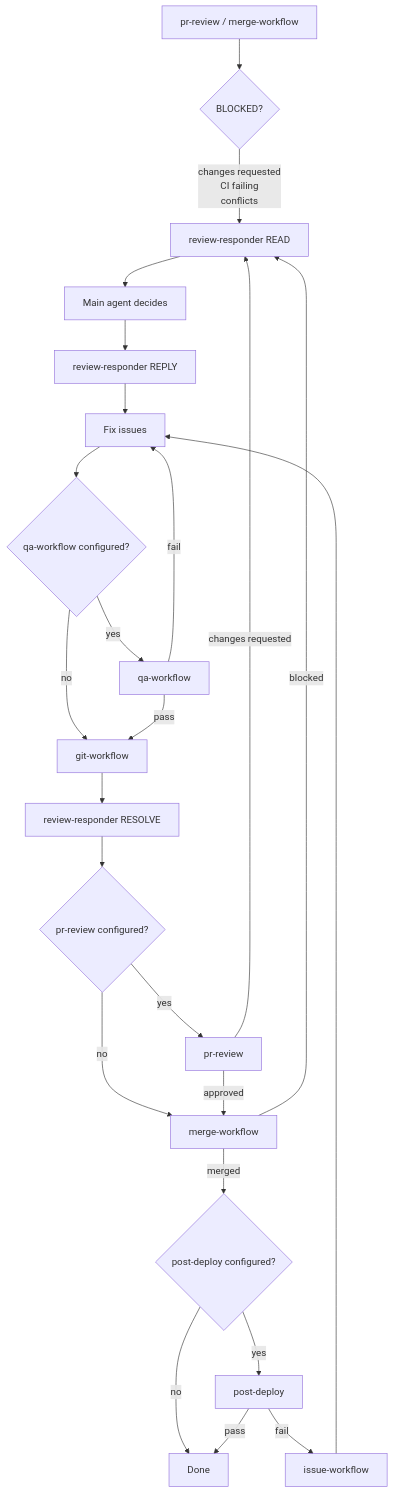
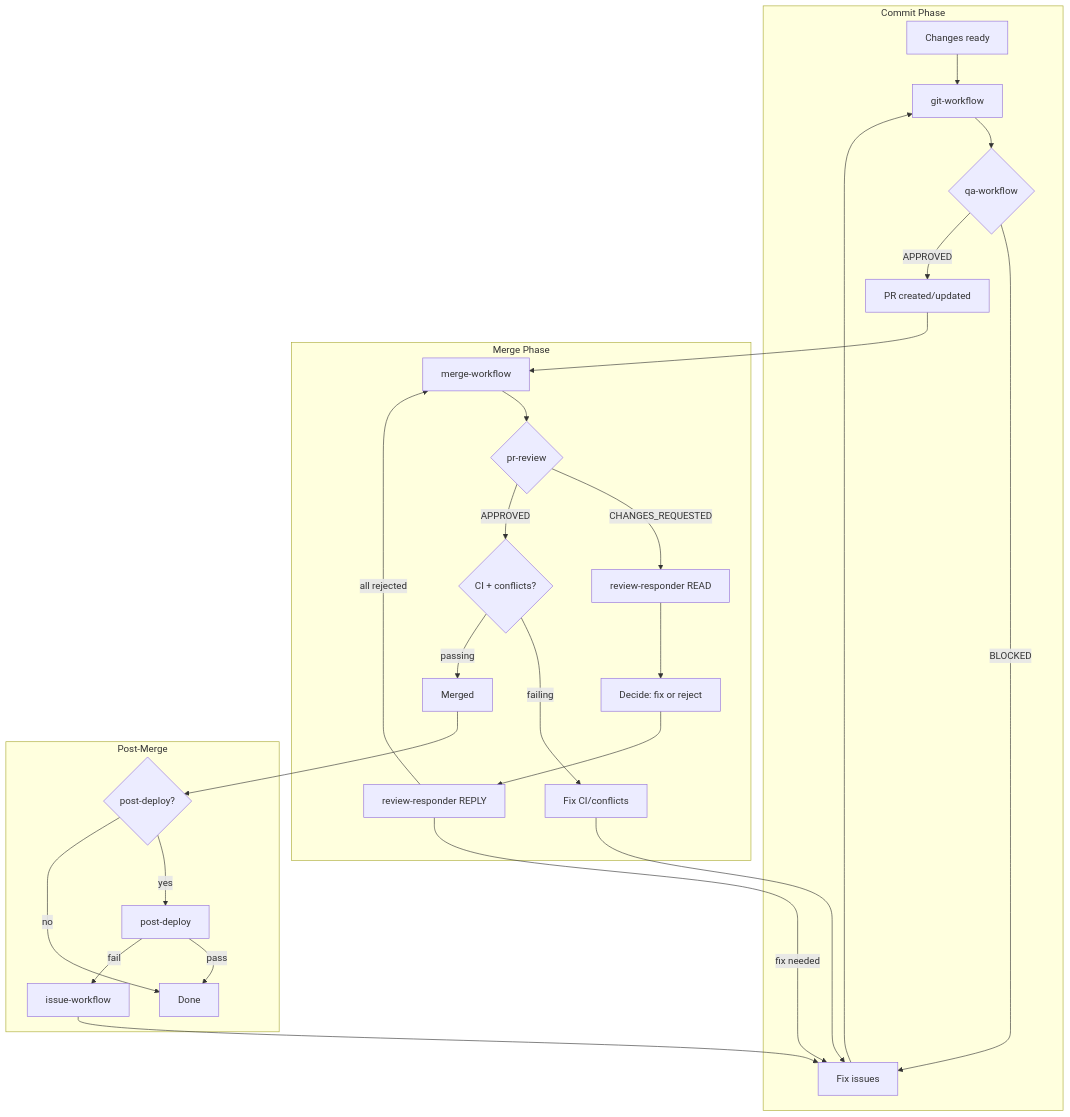
Before and after one commit to anthony-spruyt/claude-config: the diagram in .claude/rules/workflow-chain.md, drawn with Mermaid. The commit also changed other lines of this file and 2 other files, not shown here.

First line of the commit message:
feat(agents): make workflow chain self-enforcing (#56)

````diff
--- a/.claude/rules/workflow-chain.md
+++ b/.claude/rules/workflow-chain.md
@@ -61,26 +66,33 @@
 ```mermaid
 flowchart TD
-    A[pr-review / merge-workflow] --> B{BLOCKED?}
-    B -->|changes requested<br>CI failing<br>conflicts| C[review-responder READ]
-    C --> D[Main agent decides]
-    D --> E[review-responder REPLY]
-    E --> F[Fix issues]
-    F --> G{qa-workflow configured?}
-    G -->|yes| H[qa-workflow]
-    G -->|no| I[git-workflow]
-    H -->|pass| I
-    H -->|fail| F
-    I --> J[review-responder RESOLVE]
-    J --> K{pr-review configured?}
-    K -->|yes| L[pr-review]
-    K -->|no| M[merge-workflow]
-    L -->|approved| M
-    L -->|changes requested| C
-    M -->|blocked| C
-    M -->|merged| N{post-deploy configured?}
-    N -->|yes| O[post-deploy]
-    N -->|no| P[Done]
-    O -->|pass| P
-    O -->|fail| Q[issue-workflow]
-    Q --> F
+    subgraph Commit Phase
+        A[Changes ready] --> B[git-workflow]
+        B --> C{qa-workflow}
+        C -->|BLOCKED| D[Fix issues]
+        D --> B
+        C -->|APPROVED| E[PR created/updated]
+    end
+
+    subgraph Merge Phase
+        E --> F[merge-workflow]
+        F --> G{pr-review}
+        G -->|CHANGES_REQUESTED| H[review-responder READ]
+        H --> I[Decide: fix or reject]
+        I --> J[review-responder REPLY]
+        J -->|fix needed| D
+        J -->|all rejected| F
+        G -->|APPROVED| K{CI + conflicts?}
+        K -->|failing| L[Fix CI/conflicts]
+        L --> D
+        K -->|passing| M[Merged]
+    end
+
+    subgraph Post-Merge
+        M --> N{post-deploy?}
+        N -->|yes| O[post-deploy]
+        N -->|no| P[Done]
+        O -->|pass| P
+        O -->|fail| Q[issue-workflow]
+        Q --> D
+    end
 ```
````
